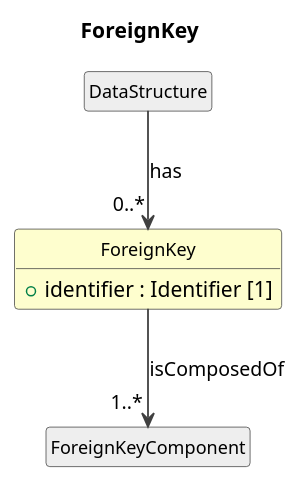
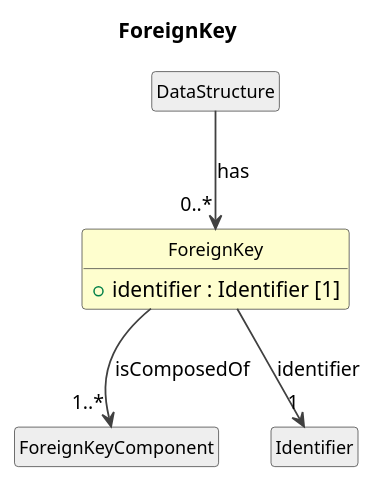
The diagram in cdif-uml-model/CDIFDataStructure/Classes/ForeignKey.pu (Cross-Domain-Interoperability-Framework/metadataBuildingBlocks), drawn with PlantUML before and after one commit. The commit also changed 619 other files, not shown here.

```diff
--- a/cdif-uml-model/CDIFDataStructure/Classes/ForeignKey.pu
+++ b/cdif-uml-model/CDIFDataStructure/Classes/ForeignKey.pu
@@ -1,21 +1,23 @@
 @startuml
 title ForeignKey
 hide circle
 hide empty members
 skinparam shadowing false
 skinparam ArrowThickness 1.2
 skinparam class {
   ArrowColor #404040
   BorderColor #404040
   FontSize 12
 }
 
 class "ForeignKey" as ForeignKey #FEFECE {
   +identifier : Identifier [1]
 }
 class "DataStructure" as DataStructure #EEEEEE
 DataStructure --> "0..*" ForeignKey : has
 class "ForeignKeyComponent" as ForeignKeyComponent #EEEEEE
 ForeignKey --> "1..*" ForeignKeyComponent : isComposedOf
+class "Identifier" as Identifier #EEEEEE
+ForeignKey --> "1" Identifier : identifier
 
 @enduml
```
